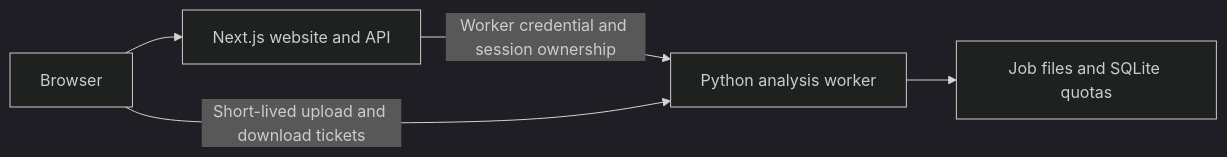
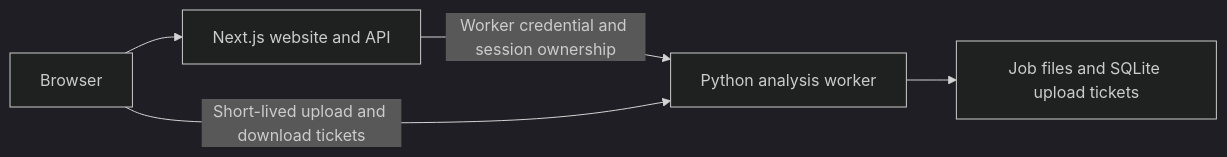
The diagram in docs/HOSTING-500-US.md (Lfrangt/fretflow-ui), drawn with Mermaid (dark theme) before and after one commit. The commit also changed other lines of this file and 44 other files, not shown here.

````diff
--- a/docs/HOSTING-500-US.md
+++ b/docs/HOSTING-500-US.md
@@ -7,7 +7,7 @@
 ```mermaid
 flowchart LR
     Browser --> Web[Next.js website and API]
     Web -->|Worker credential and session ownership| Worker[Python analysis worker]
     Browser -->|Short-lived upload and download tickets| Worker
-    Worker --> Store[Job files and SQLite quotas]
+    Worker --> Store[Job files and SQLite upload tickets]
 ```
````
